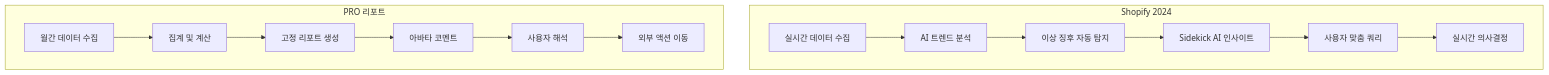
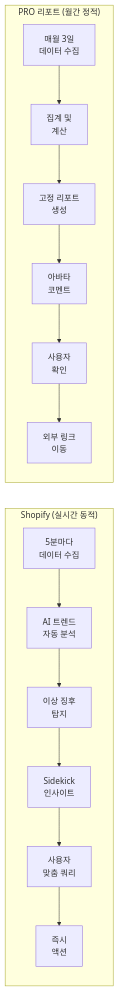
Before and after one commit to jyjung-mp/mp-proreport: the diagram in docs/Shopify_벤치마킹_및_PRO리포트_개선안.md, drawn with Mermaid. The commit also changed other lines of this file, not shown here.

First line of the commit message:
Restructure Shopify benchmarking document with visual comparisons

````diff
--- a/docs/Shopify_벤치마킹_및_PRO리포트_개선안.md
+++ b/docs/Shopify_벤치마킹_및_PRO리포트_개선안.md
@@ -85,23 +241,32 @@
 ```mermaid
-flowchart TB
-    subgraph Shopify2024[Shopify 2024]
-        S1[실시간 데이터 수집]
-        S2[AI 트렌드 분석]
-        S3[이상 징후 자동 탐지]
-        S4[Sidekick AI 인사이트]
-        S5[사용자 맞춤 쿼리]
-        S6[실시간 의사결정]
-        S1 --> S2 --> S3 --> S4
-        S4 --> S5 --> S6
+flowchart LR
+    subgraph Shopify["Shopify (실시간 동적)"]
+        S1[5분마다<br/>데이터 수집]
+        S2[AI 트렌드<br/>자동 분석]
+        S3[이상 징후<br/>탐지]
+        S4[Sidekick<br/>인사이트]
+        S5[사용자<br/>맞춤 쿼리]
+        S6[즉시<br/>액션]
+
+        S1 --> S2
+        S2 --> S3
+        S3 --> S4
+        S4 --> S5
+        S5 --> S6
     end
 
-    subgraph PRO[PRO 리포트]
-        P1[월간 데이터 수집]
-        P2[집계 및 계산]
-        P3[고정 리포트 생성]
-        P4[아바타 코멘트]
-        P5[사용자 해석]
-        P6[외부 액션 이동]
-        P1 --> P2 --> P3 --> P4 --> P5 --> P6
+    subgraph PRO["PRO 리포트 (월간 정적)"]
+        P1[매월 3일<br/>데이터 수집]
+        P2[집계 및<br/>계산]
+        P3[고정 리포트<br/>생성]
+        P4[아바타<br/>코멘트]
+        P5[사용자<br/>확인]
+        P6[외부 링크<br/>이동]
+
+        P1 --> P2
+        P2 --> P3
+        P3 --> P4
+        P4 --> P5
+        P5 --> P6
     end
 ```
````
